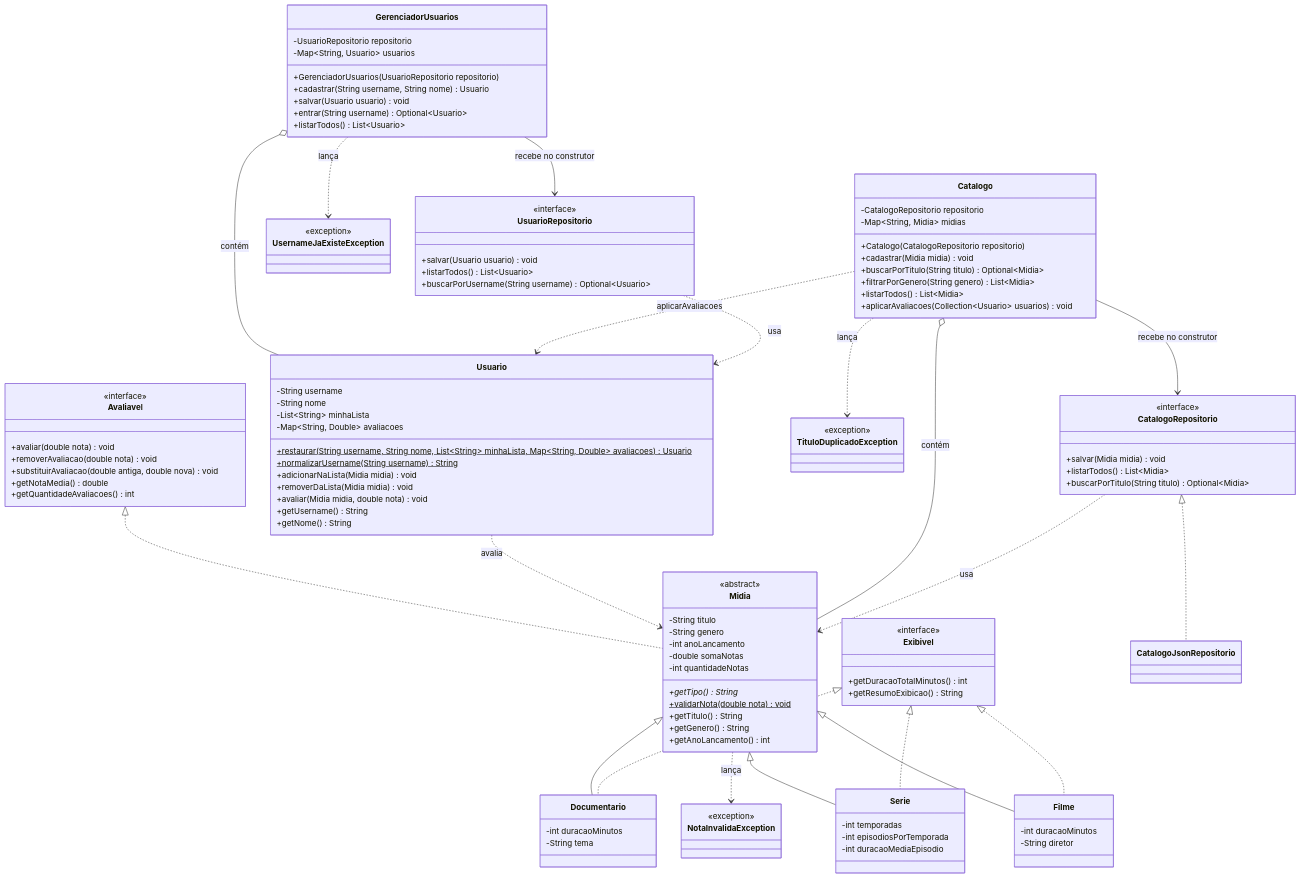
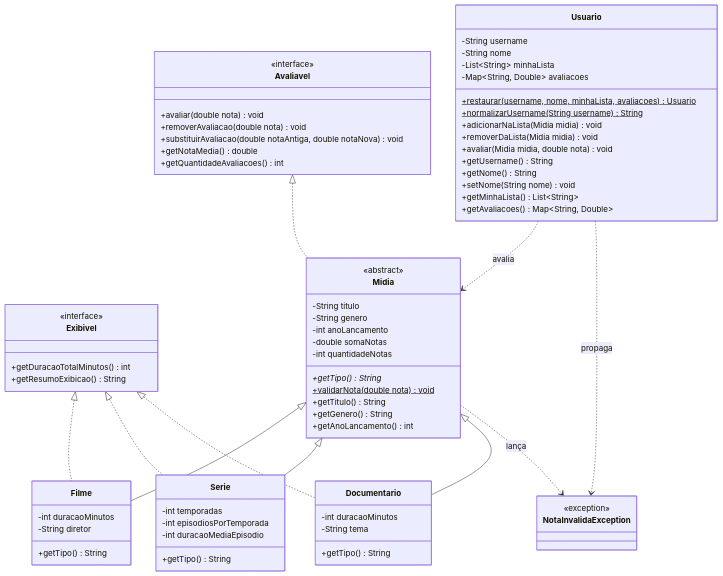
The first of 4 diagrams in docs/diagrama-classes.md (jope7/imdflix), drawn with Mermaid before and after one commit. The commit also changed other lines of this file and 8 other files, not shown here.

````diff
--- a/docs/diagrama-classes.md
+++ b/docs/diagrama-classes.md
@@ -12,7 +16,7 @@
         <<interface>>
         +avaliar(double nota) void
         +removerAvaliacao(double nota) void
-        +substituirAvaliacao(double antiga, double nova) void
+        +substituirAvaliacao(double notaAntiga, double notaNova) void
         +getNotaMedia() double
         +getQuantidadeAvaliacoes() int
     }
@@ -40,17 +44,20 @@
     class Filme {
         -int duracaoMinutos
         -String diretor
+        +getTipo() String
     }
 
     class Serie {
         -int temporadas
         -int episodiosPorTemporada
         -int duracaoMediaEpisodio
+        +getTipo() String
     }
 
     class Documentario {
         -int duracaoMinutos
         -String tema
+        +getTipo() String
     }
 
     class Usuario {
@@ -58,61 +65,21 @@
         -String nome
         -List~String~ minhaLista
         -Map~String, Double~ avaliacoes
-        +restaurar(String username, String nome, List~String~ minhaLista, Map~String, Double~ avaliacoes)$ Usuario
+        +restaurar(username, nome, minhaLista, avaliacoes)$ Usuario
         +normalizarUsername(String username)$ String
         +adicionarNaLista(Midia midia) void
         +removerDaLista(Midia midia) void
         +avaliar(Midia midia, double nota) void
         +getUsername() String
         +getNome() String
-    }
-
-    class Catalogo {
-        -CatalogoRepositorio repositorio
-        -Map~String, Midia~ midias
-        +Catalogo(CatalogoRepositorio repositorio)
-        +cadastrar(Midia midia) void
-        +buscarPorTitulo(String titulo) Optional~Midia~
-        +filtrarPorGenero(String genero) List~Midia~
-        +listarTodos() List~Midia~
-        +aplicarAvaliacoes(Collection~Usuario~ usuarios) void
-    }
-
-    class GerenciadorUsuarios {
-        -UsuarioRepositorio repositorio
-        -Map~String, Usuario~ usuarios
-        +GerenciadorUsuarios(UsuarioRepositorio repositorio)
-        +cadastrar(String username, String nome) Usuario
-        +salvar(Usuario usuario) void
-        +entrar(String username) Optional~Usuario~
-        +listarTodos() List~Usuario~
+        +setNome(String nome) void
+        +getMinhaLista() List~String~
+        +getAvaliacoes() Map~String, Double~
     }
 
     class NotaInvalidaException {
         <<exception>>
     }
-    class TituloDuplicadoException {
-        <<exception>>
-    }
-    class UsernameJaExisteException {
-        <<exception>>
-    }
-
-    class CatalogoRepositorio {
-        <<interface>>
-        +salvar(Midia midia) void
-        +listarTodos() List~Midia~
-        +buscarPorTitulo(String titulo) Optional~Midia~
-    }
-
-    class UsuarioRepositorio {
-        <<interface>>
-        +salvar(Usuario usuario) void
-        +listarTodos() List~Usuario~
-        +buscarPorUsername(String username) Optional~Usuario~
-    }
-
-    class CatalogoJsonRepositorio
 
     Avaliavel <|.. Midia
     Midia <|-- Filme
@@ -123,17 +90,6 @@
     Exibivel <|.. Documentario
 
     Usuario ..> Midia : avalia
-    Catalogo o-- Midia : contém
-    GerenciadorUsuarios o-- Usuario : contém
-    Catalogo --> CatalogoRepositorio : recebe no construtor
-    GerenciadorUsuarios --> UsuarioRepositorio : recebe no construtor
-    CatalogoRepositorio <|.. CatalogoJsonRepositorio
-    Catalogo ..> Usuario : aplicarAvaliacoes
-
     Midia ..> NotaInvalidaException : lança
-    Catalogo ..> TituloDuplicadoException : lança
-    GerenciadorUsuarios ..> UsernameJaExisteException : lança
-
-    CatalogoRepositorio ..> Midia : usa
-    UsuarioRepositorio ..> Usuario : usa
+    Usuario ..> NotaInvalidaException : propaga
 ```
````
